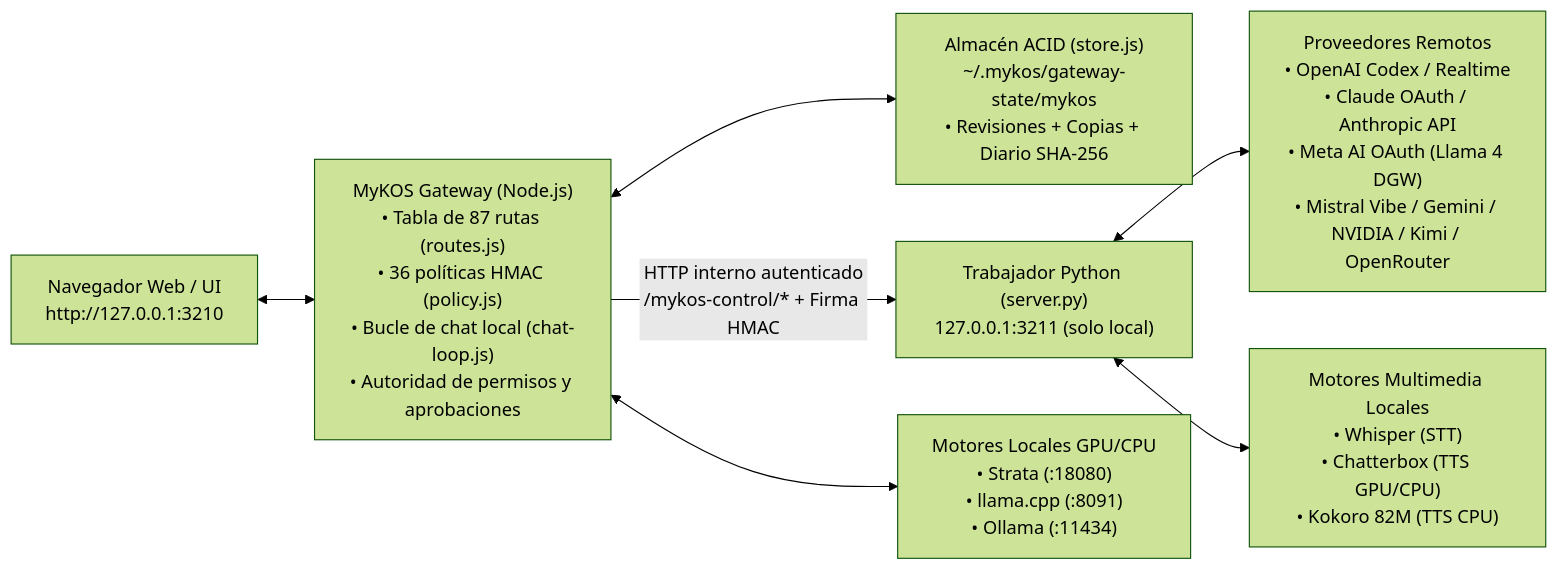
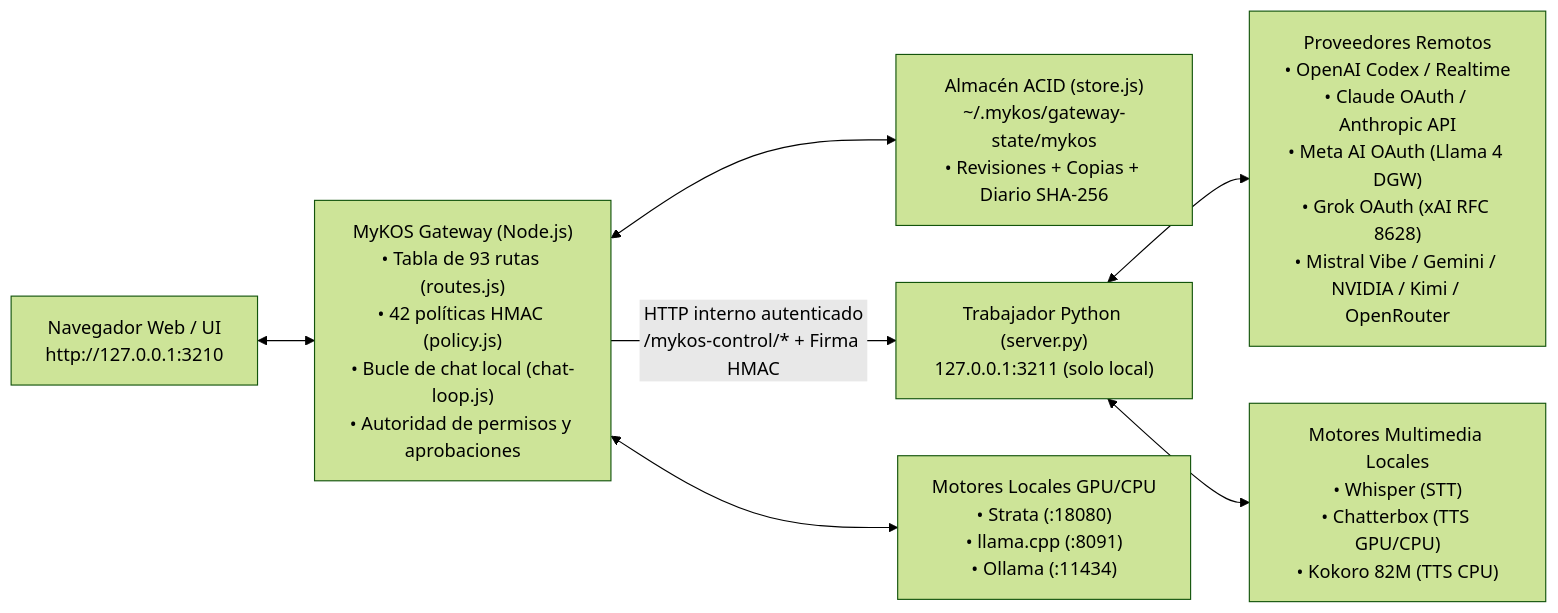
Before and after one commit to eskib0/MyKOS: the diagram in README.md, drawn with Mermaid (forest theme). The commit also changed other lines of this file, not shown here.

Commit message:
docs(readme): add stars, downloads and clones shields badges and Grok architecture notes

````diff
--- a/README.md
+++ b/README.md
@@ -71,9 +74,9 @@
 ```mermaid
 flowchart LR
-    Browser["Navegador Web / UI\nhttp://127.0.0.1:3210"] <--> Gateway["MyKOS Gateway (Node.js)\n• Tabla de 87 rutas (routes.js)\n• 36 políticas HMAC (policy.js)\n• Bucle de chat local (chat-loop.js)\n• Autoridad de permisos y aprobaciones"]
+    Browser["Navegador Web / UI\nhttp://127.0.0.1:3210"] <--> Gateway["MyKOS Gateway (Node.js)\n• Tabla de 93 rutas (routes.js)\n• 42 políticas HMAC (policy.js)\n• Bucle de chat local (chat-loop.js)\n• Autoridad de permisos y aprobaciones"]
     Gateway <--> Store["Almacén ACID (store.js)\n~/.mykos/gateway-state/mykos\n• Revisiones + Copias + Diario SHA-256"]
     Gateway -- "HTTP interno autenticado\n/mykos-control/* + Firma HMAC" --> Worker["Trabajador Python (server.py)\n127.0.0.1:3211 (solo local)"]
     Gateway <--> LocalEngines["Motores Locales GPU/CPU\n• Strata (:18080)\n• llama.cpp (:8091)\n• Ollama (:11434)"]
-    Worker <--> CloudProviders["Proveedores Remotos\n• OpenAI Codex / Realtime\n• Claude OAuth / Anthropic API\n• Meta AI OAuth (Llama 4 DGW)\n• Mistral Vibe / Gemini / NVIDIA / Kimi / OpenRouter"]
+    Worker <--> CloudProviders["Proveedores Remotos\n• OpenAI Codex / Realtime\n• Claude OAuth / Anthropic API\n• Meta AI OAuth (Llama 4 DGW)\n• Grok OAuth (xAI RFC 8628)\n• Mistral Vibe / Gemini / NVIDIA / Kimi / OpenRouter"]
     Worker <--> LocalVoice["Motores Multimedia Locales\n• Whisper (STT)\n• Chatterbox (TTS GPU/CPU)\n• Kokoro 82M (TTS CPU)"]
 ```
````
